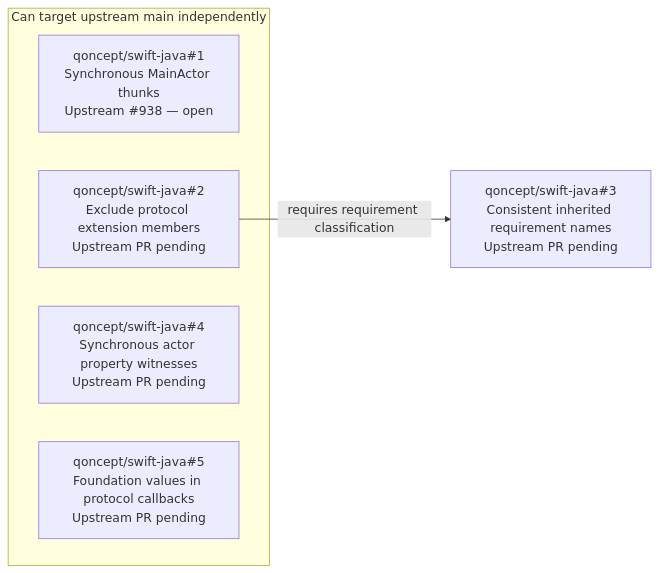
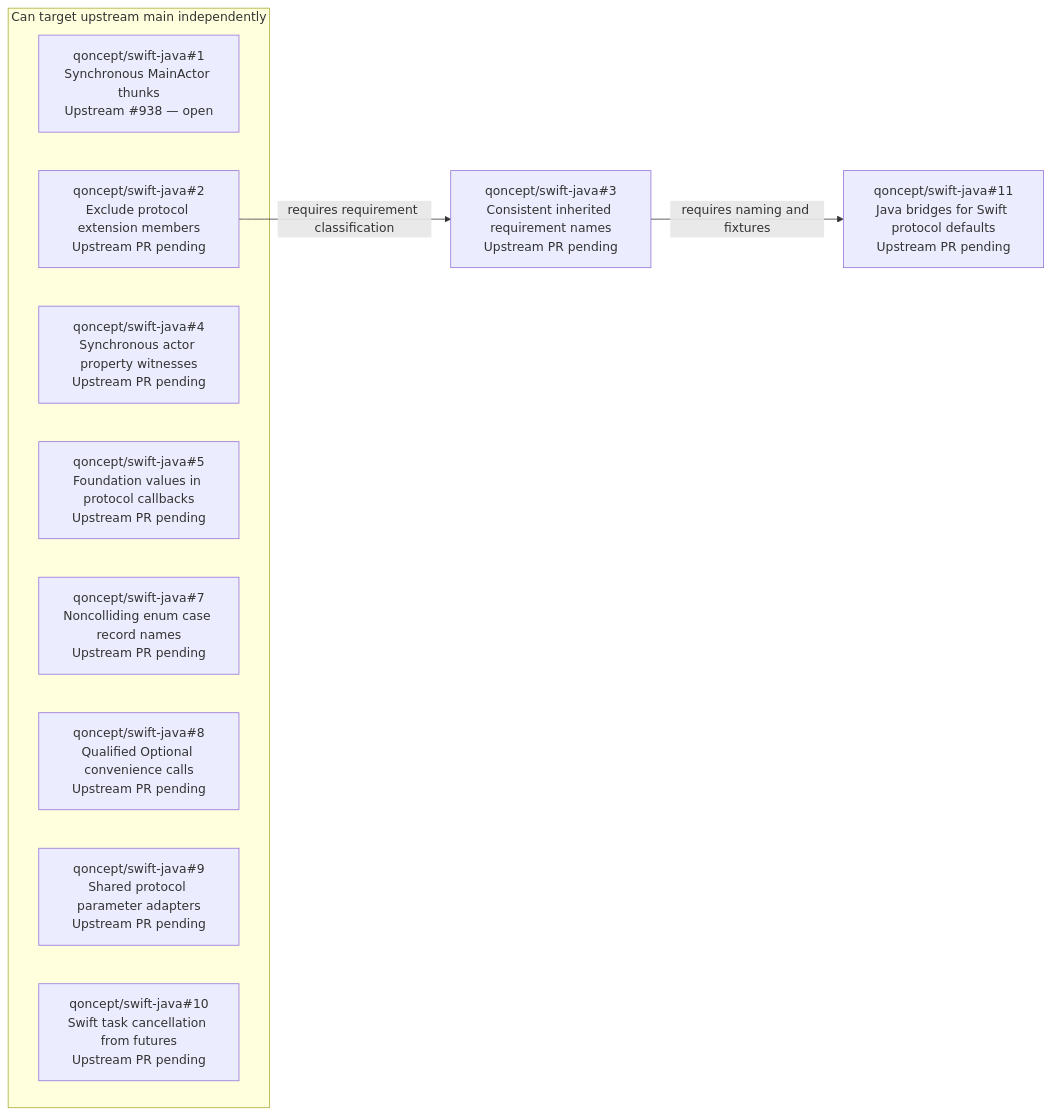
Before and after one commit to qoncept/swift-java: the diagram in pr-dependencies.md, drawn with Mermaid. The commit also changed other lines of this file, not shown here.

Commit message:
docs: extend upstream PR dependency map through origin #11

````diff
--- a/pr-dependencies.md
+++ b/pr-dependencies.md
@@ -20,12 +21,18 @@
 ```mermaid
 flowchart LR
     subgraph independent["Can target upstream main independently"]
         MAIN_ACTOR["qoncept/swift-java#1<br/>Synchronous MainActor thunks<br/>Upstream #938 — open"]
         PROTOCOL_EXT["qoncept/swift-java#2<br/>Exclude protocol extension members<br/>Upstream PR pending"]
         ACTOR_PROPERTIES["qoncept/swift-java#4<br/>Synchronous actor property witnesses<br/>Upstream PR pending"]
         FOUNDATION["qoncept/swift-java#5<br/>Foundation values in protocol callbacks<br/>Upstream PR pending"]
+        ENUM_NAMES["qoncept/swift-java#7<br/>Noncolliding enum case record names<br/>Upstream PR pending"]
+        OPTIONAL_CALLS["qoncept/swift-java#8<br/>Qualified Optional convenience calls<br/>Upstream PR pending"]
+        PROTOCOL_ADAPTERS["qoncept/swift-java#9<br/>Shared protocol parameter adapters<br/>Upstream PR pending"]
+        ASYNC_CANCEL["qoncept/swift-java#10<br/>Swift task cancellation from futures<br/>Upstream PR pending"]
     end
 
     PROTOCOL_NAMES["qoncept/swift-java#3<br/>Consistent inherited requirement names<br/>Upstream PR pending"]
+    PROTOCOL_DEFAULTS["qoncept/swift-java#11<br/>Java bridges for Swift protocol defaults<br/>Upstream PR pending"]
     PROTOCOL_EXT -->|"requires requirement classification"| PROTOCOL_NAMES
+    PROTOCOL_NAMES -->|"requires naming and fixtures"| PROTOCOL_DEFAULTS
 ```
````
